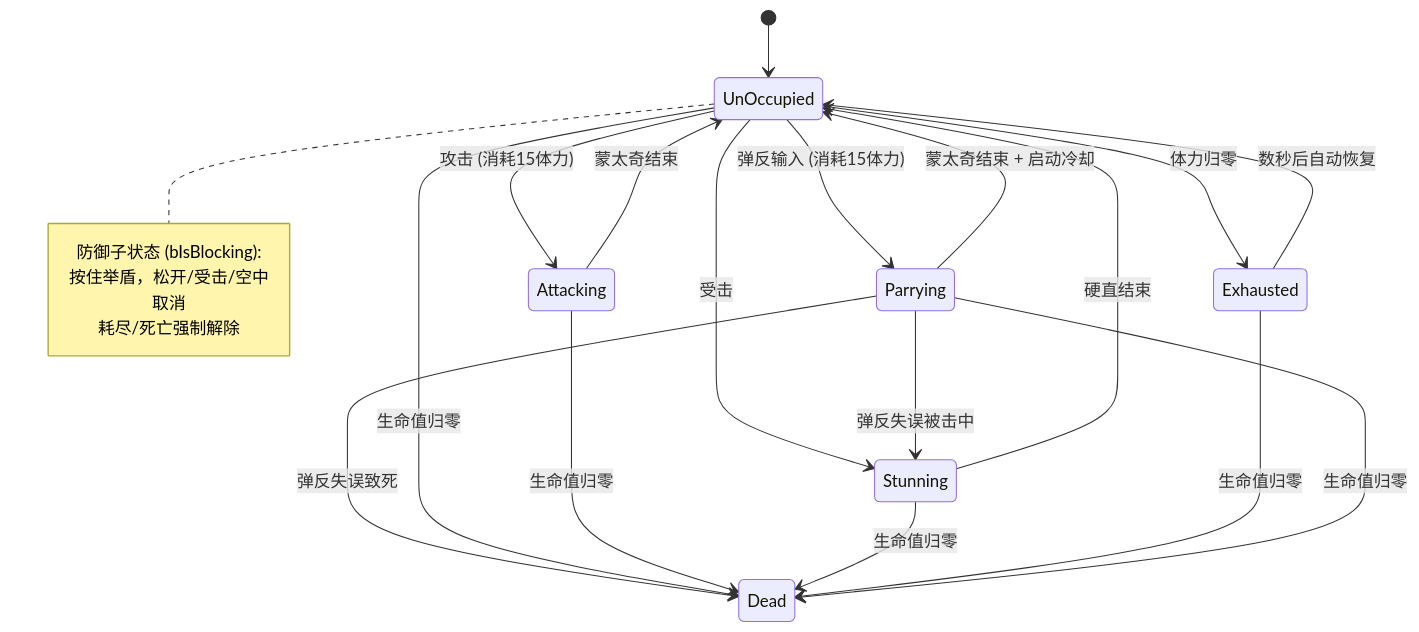
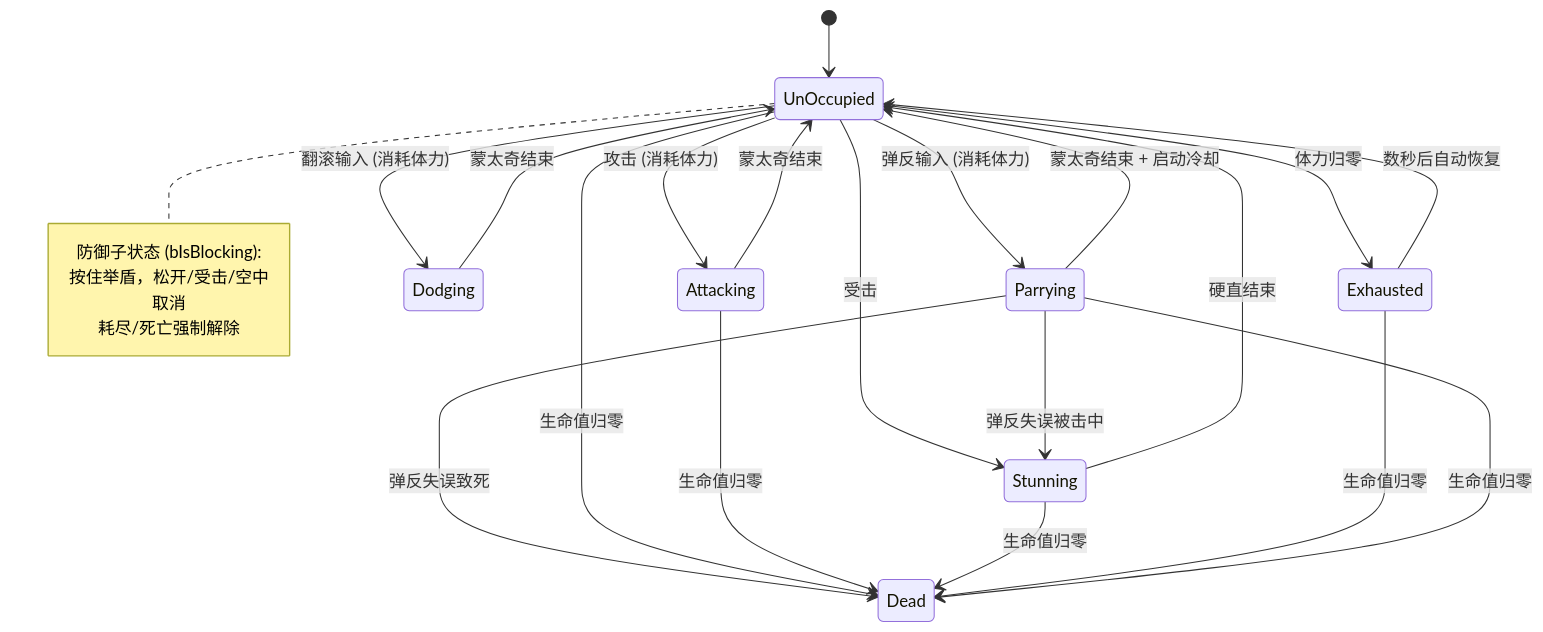
One commit to Kulahala/UE5-Soulslike-Combat changed the first of 6 diagrams in README.md. Above: the diagram before and after it, drawn with Mermaid. The commit also changed other lines of this file and 23 other files, not shown here.

````diff
--- a/README.md
+++ b/README.md
@@ -83,29 +87,31 @@
 ```mermaid
 stateDiagram-v2
     [*] --> UnOccupied
 
-    UnOccupied --> Attacking : 攻击 (消耗15体力)
+    UnOccupied --> Attacking : 攻击 (消耗体力)
     UnOccupied --> Stunning : 受击
     UnOccupied --> Exhausted : 体力归零
-    UnOccupied --> Parrying : 弹反输入 (消耗15体力)
+    UnOccupied --> Parrying : 弹反输入 (消耗体力)
+    UnOccupied --> Dodging : 翻滚输入 (消耗体力)
 
     note right of UnOccupied
         防御子状态 (bIsBlocking):
         按住举盾，松开/受击/空中取消
         耗尽/死亡强制解除
     end note
 
     Attacking --> UnOccupied : 蒙太奇结束
     Stunning --> UnOccupied : 硬直结束
     Exhausted --> UnOccupied : 数秒后自动恢复
     Parrying --> UnOccupied : 蒙太奇结束 + 启动冷却
+    Dodging --> UnOccupied : 蒙太奇结束
 
     Parrying --> Stunning : 弹反失误被击中
     Parrying --> Dead : 弹反失误致死
 
     UnOccupied --> Dead : 生命值归零
     Attacking --> Dead : 生命值归零
     Stunning --> Dead : 生命值归零
     Exhausted --> Dead : 生命值归零
     Parrying --> Dead : 生命值归零
 ```
````
